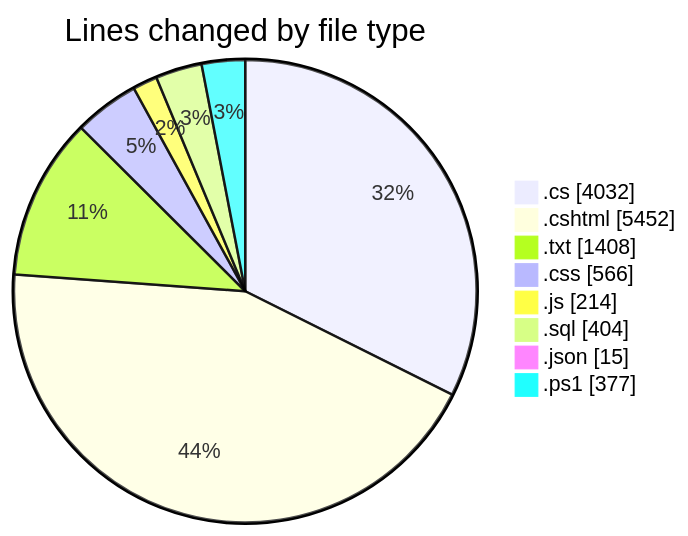
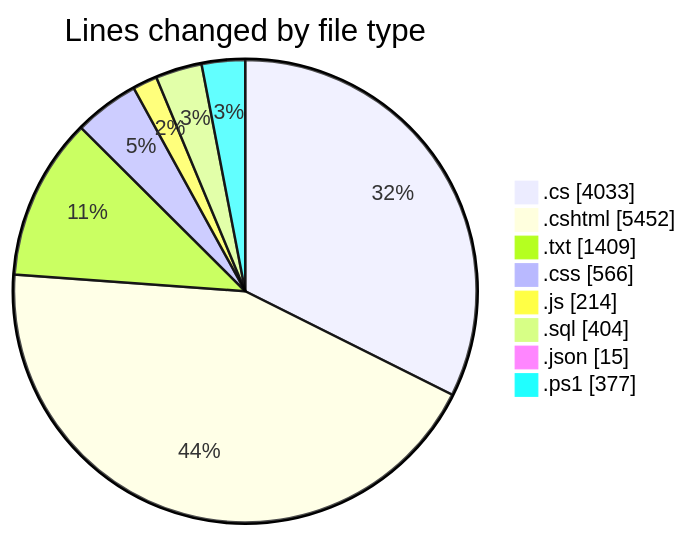
Before and after one commit to lephambinh05/code-tracking: the first of 2 diagrams in 2025-07-28/quanlyrapchieuphim-1/README.md, drawn with Mermaid. The commit also changed other lines of this file and 1 other file, not shown here.

````diff
--- a/2025-07-28/quanlyrapchieuphim-1/README.md
+++ b/2025-07-28/quanlyrapchieuphim-1/README.md
@@ -57,12 +57,12 @@
 ```mermaid
 pie showData
 title Lines changed by file type
-".cs" : 4032
+".cs" : 4033
 ".cshtml" : 5452
-".txt" : 1408
+".txt" : 1409
 ".css" : 566
 ".js" : 214
 ".sql" : 404
 ".json" : 15
 ".ps1" : 377
 ```
````
